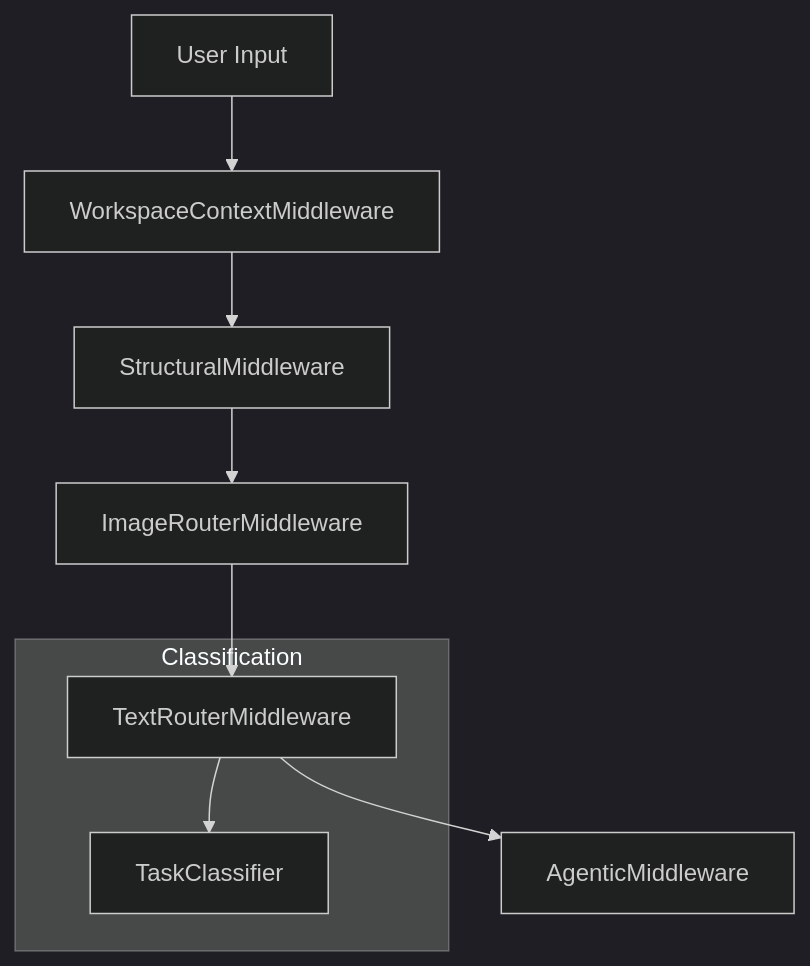
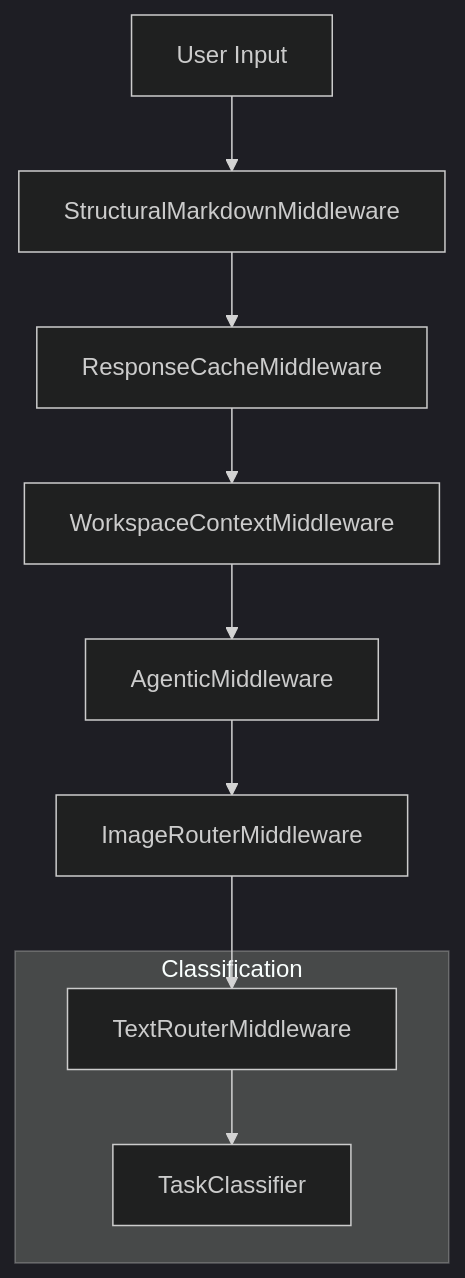
The diagram in mcp-server/docs/skill/references/architecture.md (djmahe4/awesome-free-llm-apis), drawn with Mermaid (dark theme) before and after one commit. The commit also changed 17 other files, not shown here.

````diff
--- a/mcp-server/docs/skill/references/architecture.md
+++ b/mcp-server/docs/skill/references/architecture.md
@@ -25,12 +25,13 @@
 ```mermaid
 graph TD
-    Input[User Input] --> Context[WorkspaceContextMiddleware]
-    Context --> Struct[StructuralMiddleware]
-    Struct --> ImageRouter[ImageRouterMiddleware]
+    Input[User Input] --> Struct[StructuralMarkdownMiddleware]
+    Struct --> Cache[ResponseCacheMiddleware]
+    Cache --> Workspace[WorkspaceContextMiddleware]
+    Workspace --> Agentic[AgenticMiddleware]
+    Agentic --> ImageRouter[ImageRouterMiddleware]
     ImageRouter --> TextRouter[TextRouterMiddleware]
-    TextRouter --> Agentic[AgenticMiddleware]
     
     subgraph Classification
         TextRouter --> Classifier[TaskClassifier]
     end
 ```
````
